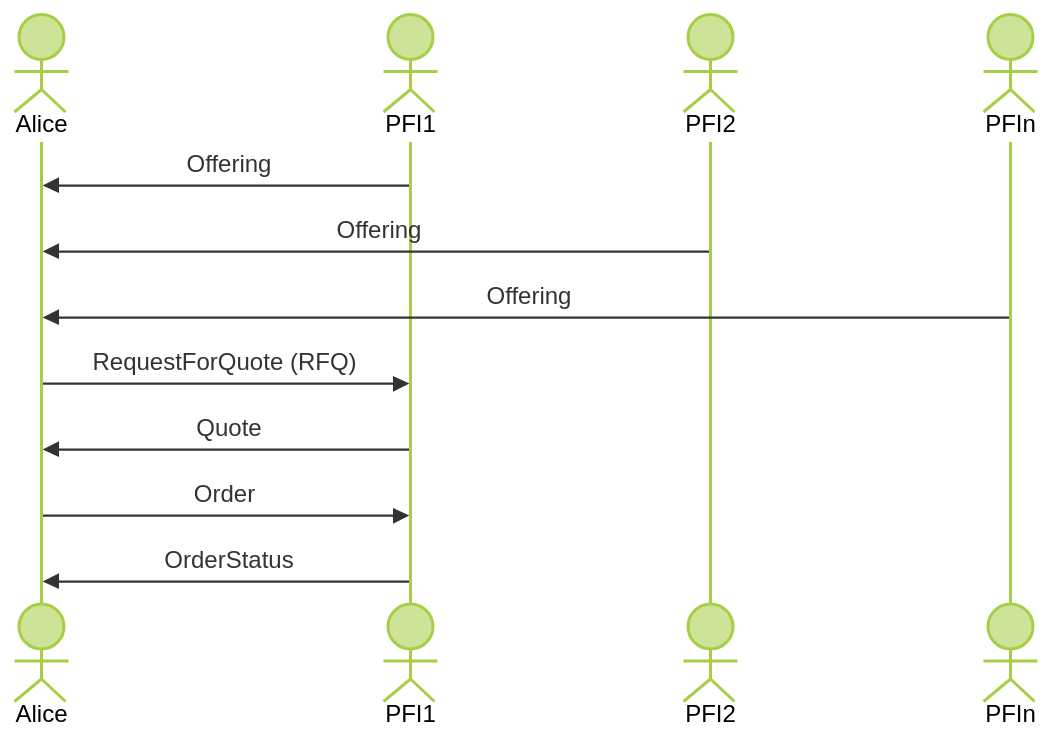
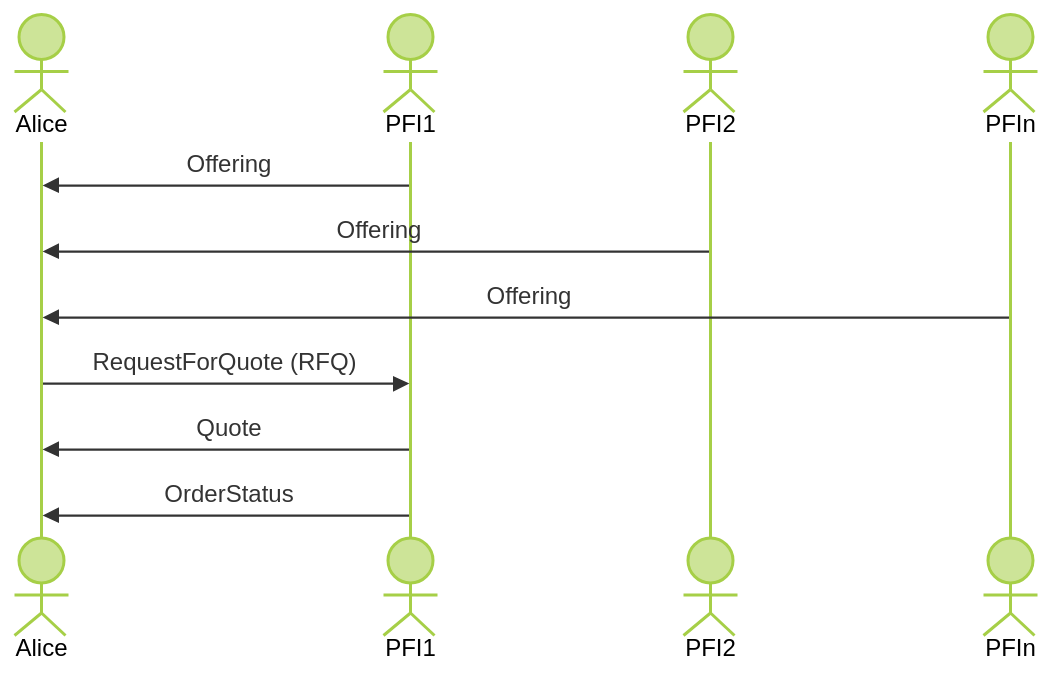
The diagram in protocol/README.md (TBD54566975/tbdex), drawn with Mermaid (forest theme) before and after one commit. The commit also changed other lines of this file, not shown here.

````diff
--- a/protocol/README.md
+++ b/protocol/README.md
@@ -198,14 +186,13 @@
 ```mermaid
 sequenceDiagram
   actor Alice
 	actor PFI1
   actor PFI2
 	actor PFIn
 	PFI1->>Alice: Offering
 	PFI2->>Alice: Offering
 	PFIn->>Alice: Offering
   Alice->>PFI1: RequestForQuote (RFQ)
   PFI1->>Alice: Quote
-  Alice->>PFI1: Order
   PFI1->>Alice: OrderStatus
 ```
````
